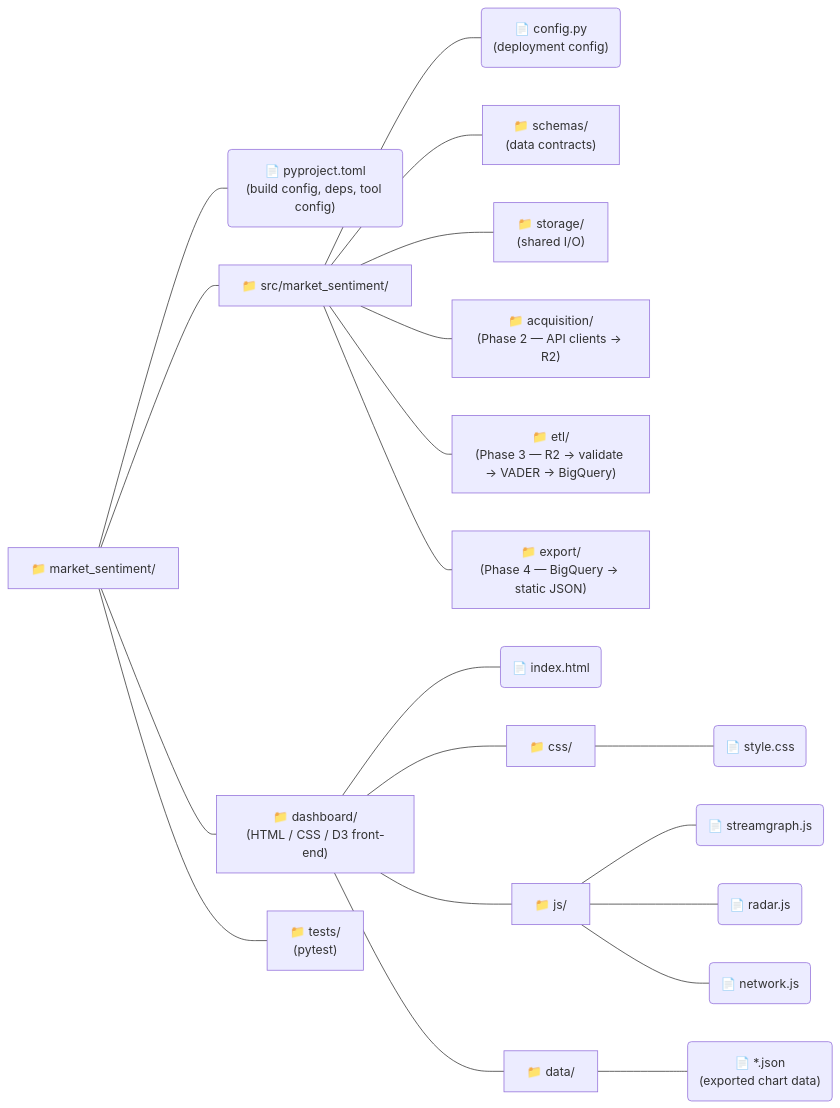
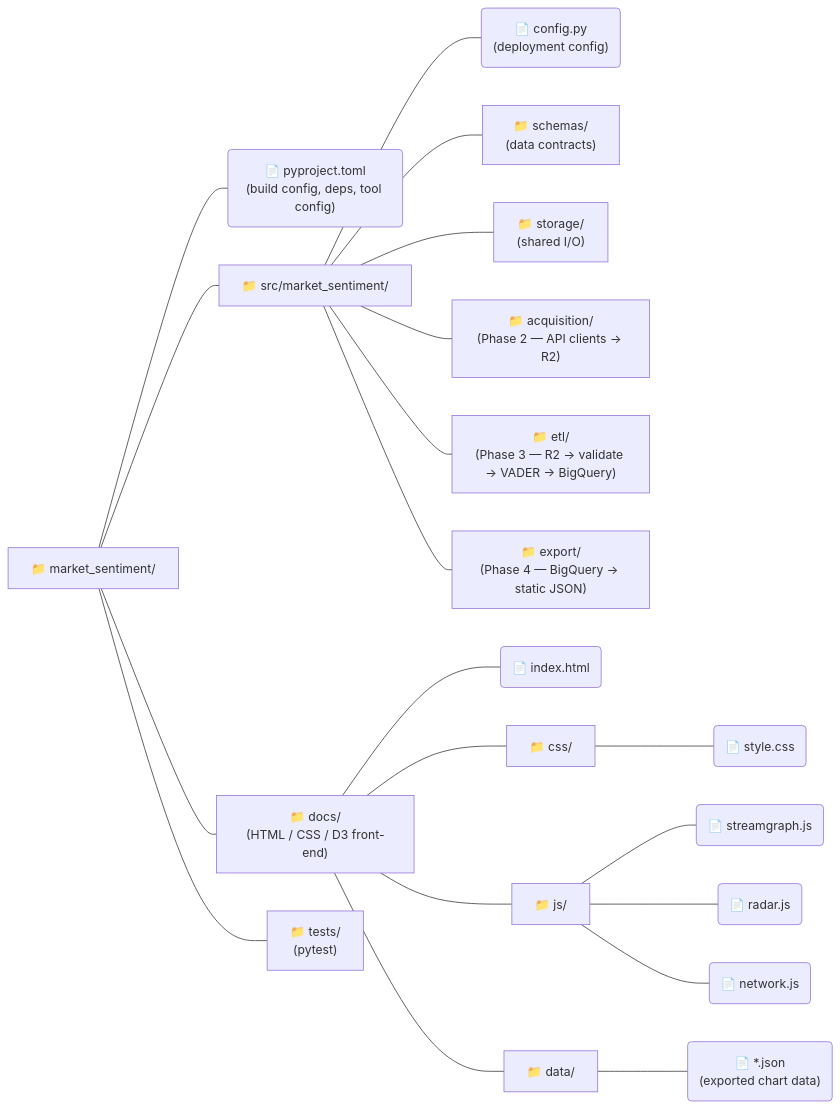
The second of 2 diagrams in README.md (jdpretorius123/market_sentiment), drawn with Mermaid before and after one commit. The commit also changed other lines of this file and 10 other files, not shown here.

````diff
--- a/README.md
+++ b/README.md
@@ -124,30 +124,30 @@
 ```mermaid
 graph LR
     %% Root Directory
     Root["📁 market_sentiment/"]
 
     %% Level 1
     Root --- F1("📄 pyproject.toml<br/>(build config, deps, tool config)")
     Root --- Src["📁 src/market_sentiment/"]
-    Root --- Dash["📁 dashboard/<br/>(HTML / CSS / D3 front-end)"]
+    Root --- Dash["📁 docs/<br/>(HTML / CSS / D3 front-end)"]
     Root --- Tests["📁 tests/<br/>(pytest)"]
 
     %% Src contents
     Src --- S1("📄 config.py<br/>(deployment config)")
     Src --- S2["📁 schemas/<br/>(data contracts)"]
     Src --- S3["📁 storage/<br/>(shared I/O)"]
     Src --- S4["📁 acquisition/<br/>(Phase 2 — API clients → R2)"]
     Src --- S5["📁 etl/<br/>(Phase 3 — R2 → validate → VADER → BigQuery)"]
     Src --- S6["📁 export/<br/>(Phase 4 — BigQuery → static JSON)"]
 
     %% Dashboard contents
     Dash --- D1("📄 index.html")
     Dash --- D2["📁 css/"]
     D2 --- D2A("📄 style.css")
     Dash --- D3["📁 js/"]
     D3 --- D3A("📄 streamgraph.js")
     D3 --- D3B("📄 radar.js")
     D3 --- D3C("📄 network.js")
     Dash --- D4["📁 data/"]
     D4 --- D4A("📄 *.json<br/>(exported chart data)")
 ```
````
